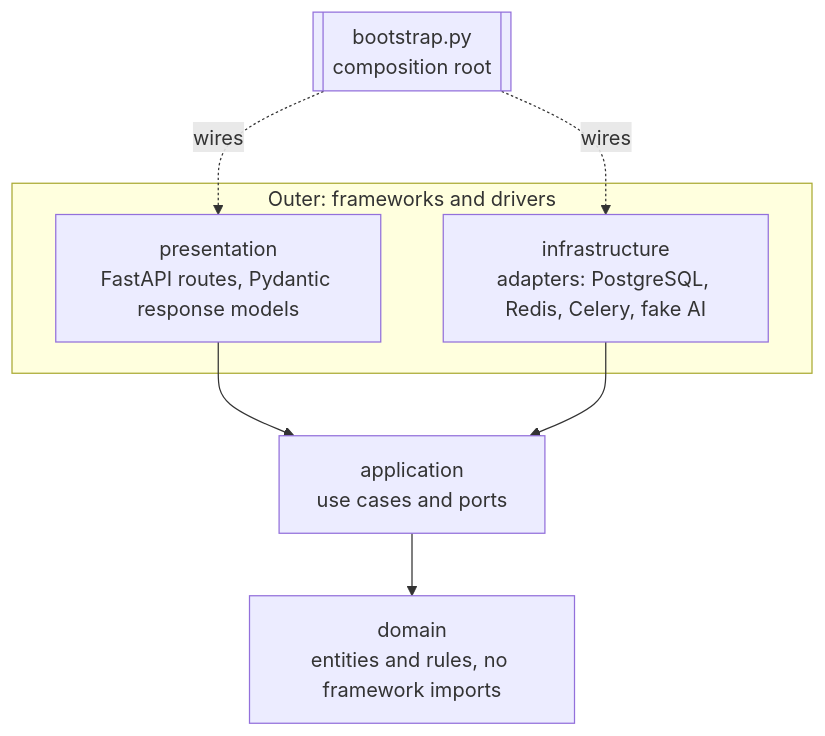
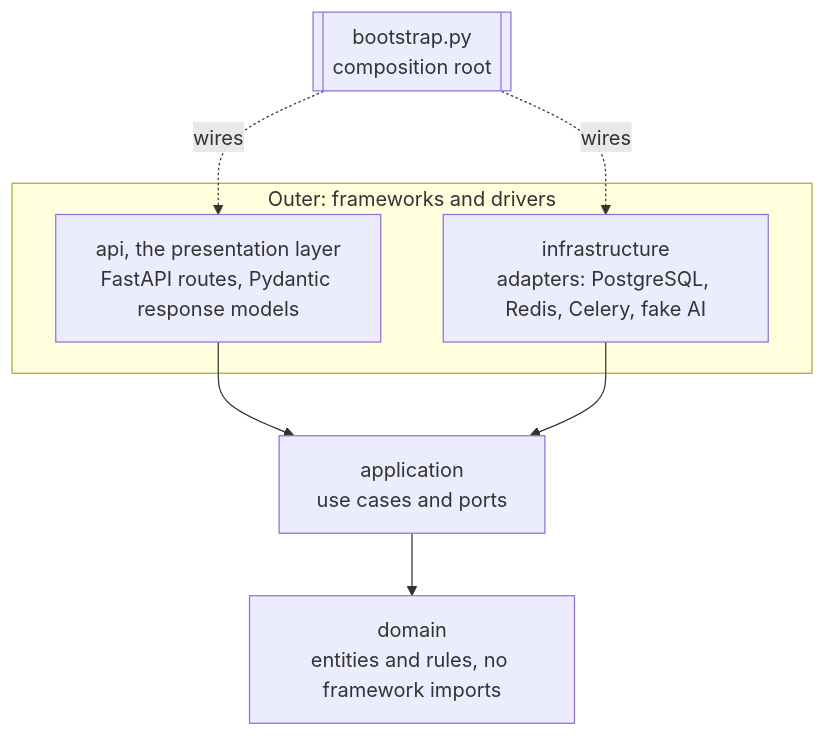
The second of 3 diagrams in docs/architecture.md (arbadev/ballasttasks), drawn with Mermaid before and after one commit. The commit also changed other lines of this file and 5 other files, not shown here.

````diff
--- a/docs/architecture.md
+++ b/docs/architecture.md
@@ -31,16 +31,16 @@
 ```mermaid
 flowchart TB
     subgraph outer [Outer: frameworks and drivers]
-        presentation[presentation<br/>FastAPI routes, Pydantic response models]
+        presentation[api, the presentation layer<br/>FastAPI routes, Pydantic response models]
         infrastructure[infrastructure<br/>adapters: PostgreSQL, Redis, Celery, fake AI]
     end
     application[application<br/>use cases and ports]
     domain[domain<br/>entities and rules, no framework imports]
     bootstrap[[bootstrap.py<br/>composition root]]
 
     presentation --> application
     infrastructure --> application
     application --> domain
     bootstrap -.wires.-> presentation
     bootstrap -.wires.-> infrastructure
 ```
````
